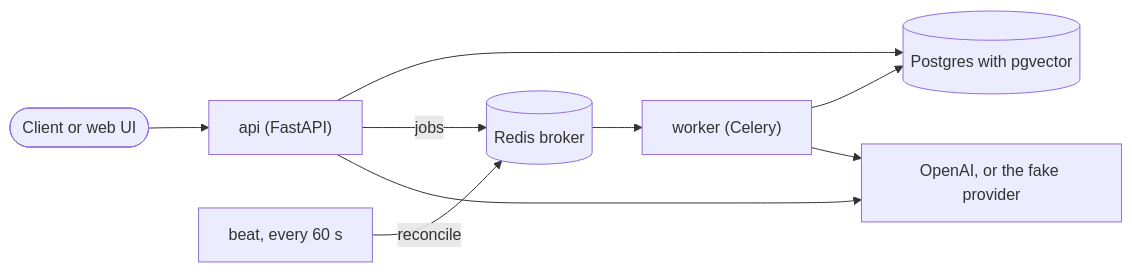
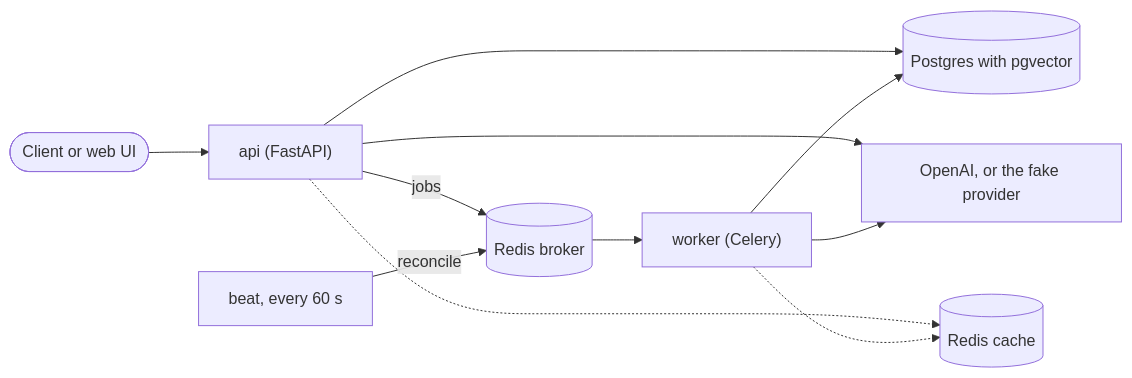
Before and after one commit to shishirmehto/doc-vault: the diagram in README.md, drawn with Mermaid. The commit also changed other lines of this file and 4 other files, not shown here.

First line of the commit message:
Docs: split the design page in three, and add a status chart

````diff
--- a/README.md
+++ b/README.md
@@ -68,11 +72,13 @@
 ```mermaid
 flowchart LR
   client(["Client or web UI"]) --> api["api (FastAPI)"]
   api --> db[("Postgres with pgvector")]
   api -- jobs --> broker[("Redis broker")]
   broker --> worker["worker (Celery)"]
   beat["beat, every 60 s"] -- reconcile --> broker
   worker --> db
   api --> ai["OpenAI, or the fake provider"]
   worker --> ai
+  api -.-> cache[("Redis cache")]
+  worker -.-> cache
 ```
````
